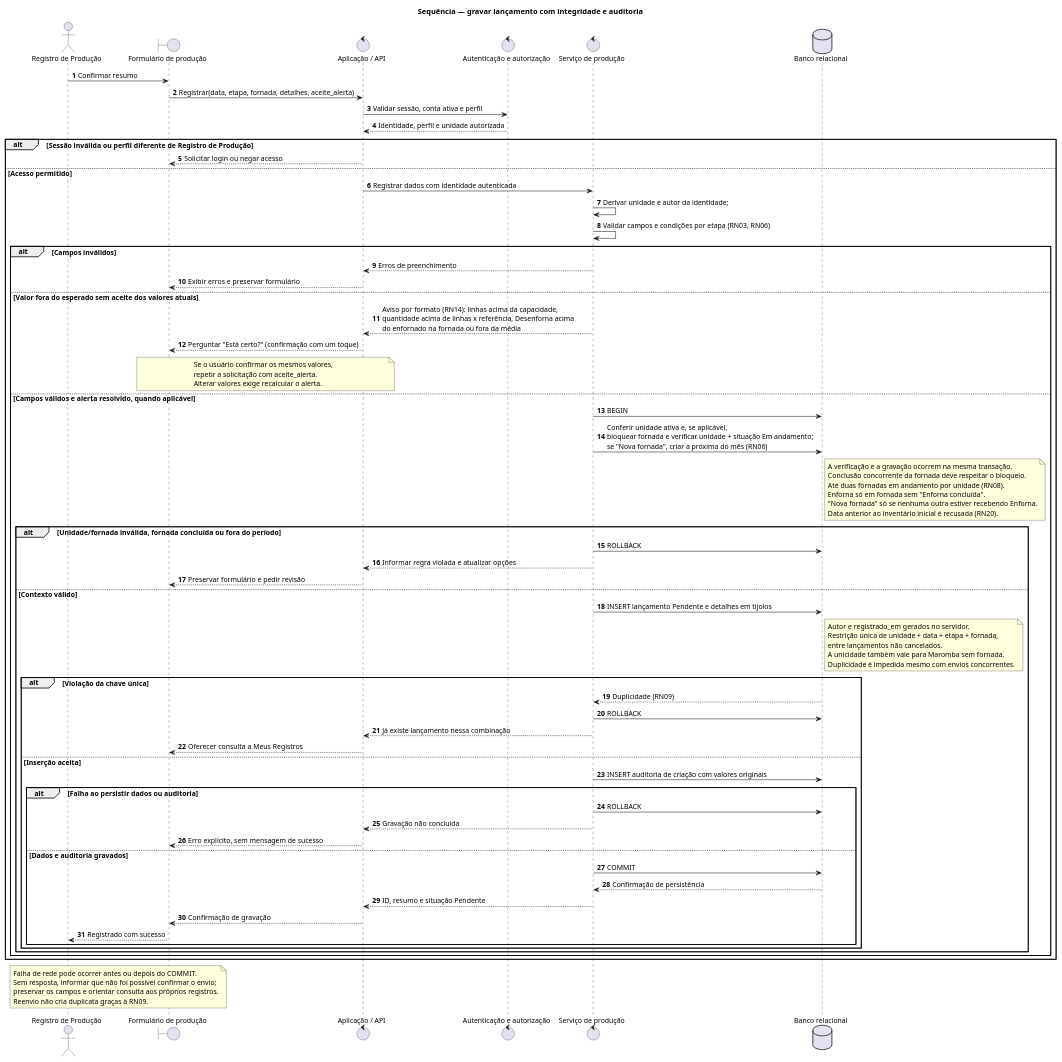
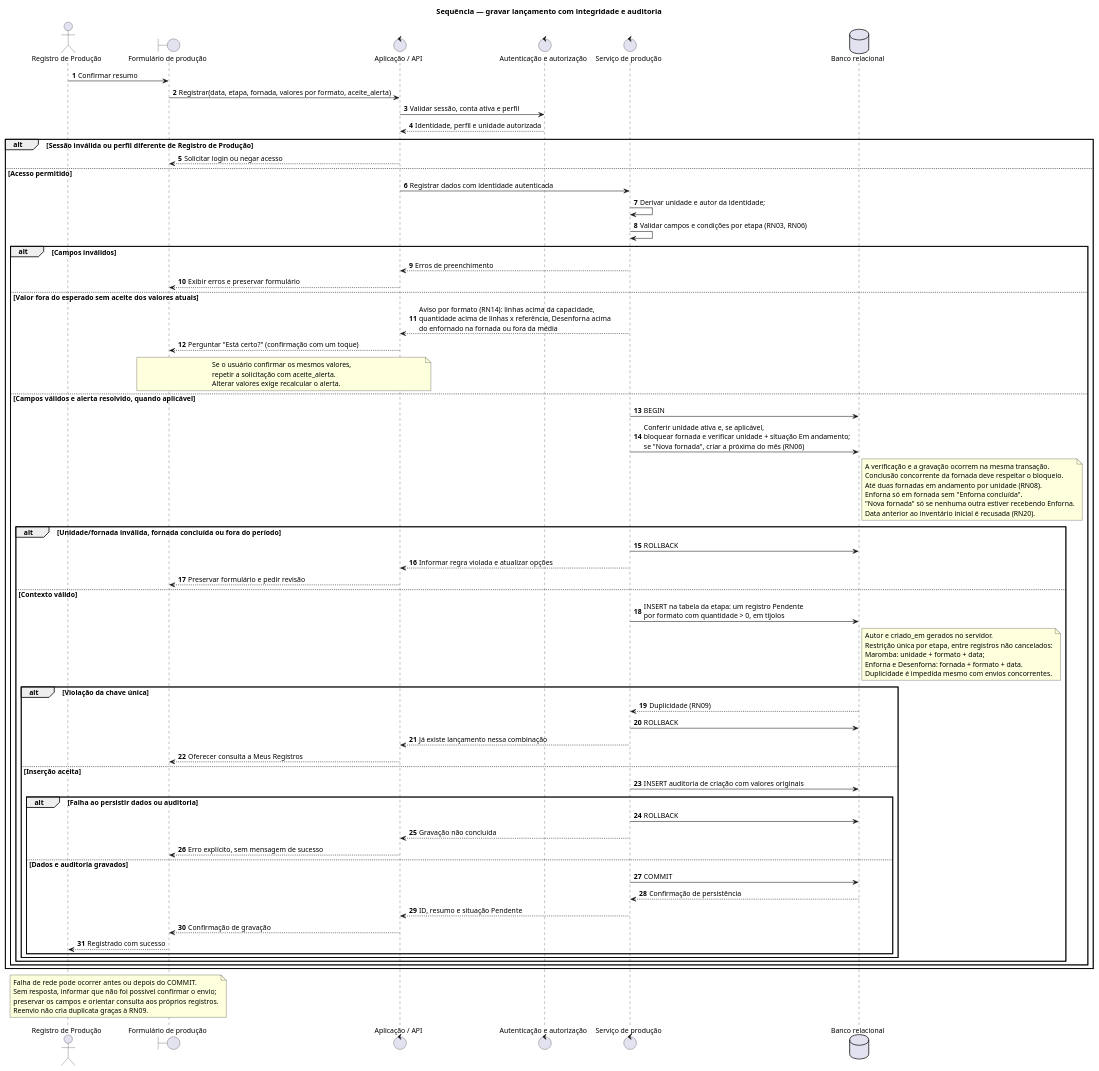
One commit to emilynerys/Projeto-Cer-mica-SOCRE changed the diagram in docs/uml/04_sequencia_registrar_producao.puml. Above: the diagram before and after it, drawn with PlantUML. The commit also changed 15 other files, not shown here.

First line of the commit message:
Separa Maromba, Enforna e Desenforna no modelo e nos diagramas

```diff
--- a/docs/uml/04_sequencia_registrar_producao.puml
+++ b/docs/uml/04_sequencia_registrar_producao.puml
@@ -1,90 +1,90 @@
 @startuml
 skinparam shadowing false
 skinparam defaultFontName Arial
 skinparam defaultFontSize 13
 autonumber
 title Sequência — gravar lançamento com integridade e auditoria
 
 actor "Registro de Produção" as Registro
 boundary "Formulário de produção" as Tela
 control "Aplicação / API" as API
 control "Autenticação e autorização" as Acesso
 control "Serviço de produção" as Producao
 database "Banco relacional" as BD
 
 Registro -> Tela : Confirmar resumo
-Tela -> API : Registrar(data, etapa, fornada, detalhes, aceite_alerta)
+Tela -> API : Registrar(data, etapa, fornada, valores por formato, aceite_alerta)
 API -> Acesso : Validar sessão, conta ativa e perfil
 Acesso --> API : Identidade, perfil e unidade autorizada
 
 alt Sessão inválida ou perfil diferente de Registro de Produção
   API --> Tela : Solicitar login ou negar acesso
 else Acesso permitido
   API -> Producao : Registrar dados com identidade autenticada
   Producao -> Producao : Derivar unidade e autor da identidade;
   Producao -> Producao : Validar campos e condições por etapa (RN03, RN06)
   alt Campos inválidos
     Producao --> API : Erros de preenchimento
     API --> Tela : Exibir erros e preservar formulário
   else Valor fora do esperado sem aceite dos valores atuais
     Producao --> API : Aviso por formato (RN14): linhas acima da capacidade,\nquantidade acima de linhas x referência, Desenforna acima\ndo enfornado na fornada ou fora da média
     API --> Tela : Perguntar "Está certo?" (confirmação com um toque)
     note over Tela, API
       Se o usuário confirmar os mesmos valores,
       repetir a solicitação com aceite_alerta.
       Alterar valores exige recalcular o alerta.
     end note
   else Campos válidos e alerta resolvido, quando aplicável
     Producao -> BD : BEGIN
     Producao -> BD : Conferir unidade ativa e, se aplicável,\nbloquear fornada e verificar unidade + situação Em andamento;\nse "Nova fornada", criar a próxima do mês (RN06)
     note right of BD
       A verificação e a gravação ocorrem na mesma transação.
       Conclusão concorrente da fornada deve respeitar o bloqueio.
       Até duas fornadas em andamento por unidade (RN08).
       Enforna só em fornada sem "Enforna concluída".
       "Nova fornada" só se nenhuma outra estiver recebendo Enforna.
       Data anterior ao inventário inicial é recusada (RN20).
     end note
     alt Unidade/fornada inválida, fornada concluída ou fora do período
       Producao -> BD : ROLLBACK
       Producao --> API : Informar regra violada e atualizar opções
       API --> Tela : Preservar formulário e pedir revisão
     else Contexto válido
-      Producao -> BD : INSERT lançamento Pendente e detalhes em tijolos
+      Producao -> BD : INSERT na tabela da etapa: um registro Pendente\npor formato com quantidade > 0, em tijolos
       note right of BD
-        Autor e registrado_em gerados no servidor.
-        Restrição única de unidade + data + etapa + fornada,
-        entre lançamentos não cancelados.
-        A unicidade também vale para Maromba sem fornada.
+        Autor e criado_em gerados no servidor.
+        Restrição única por etapa, entre registros não cancelados:
+        Maromba: unidade + formato + data;
+        Enforna e Desenforna: fornada + formato + data.
         Duplicidade é impedida mesmo com envios concorrentes.
       end note
       alt Violação da chave única
         BD --> Producao : Duplicidade (RN09)
         Producao -> BD : ROLLBACK
         Producao --> API : Já existe lançamento nessa combinação
         API --> Tela : Oferecer consulta a Meus Registros
       else Inserção aceita
         Producao -> BD : INSERT auditoria de criação com valores originais
         alt Falha ao persistir dados ou auditoria
           Producao -> BD : ROLLBACK
           Producao --> API : Gravação não concluída
           API --> Tela : Erro explícito, sem mensagem de sucesso
         else Dados e auditoria gravados
           Producao -> BD : COMMIT
           BD --> Producao : Confirmação de persistência
           Producao --> API : ID, resumo e situação Pendente
           API --> Tela : Confirmação de gravação
           Tela --> Registro : Registrado com sucesso
         end
       end
     end
   end
 end
 
 note over Registro, Tela
   Falha de rede pode ocorrer antes ou depois do COMMIT.
   Sem resposta, informar que não foi possível confirmar o envio;
   preservar os campos e orientar consulta aos próprios registros.
   Reenvio não cria duplicata graças à RN09.
 end note
 @enduml
```
